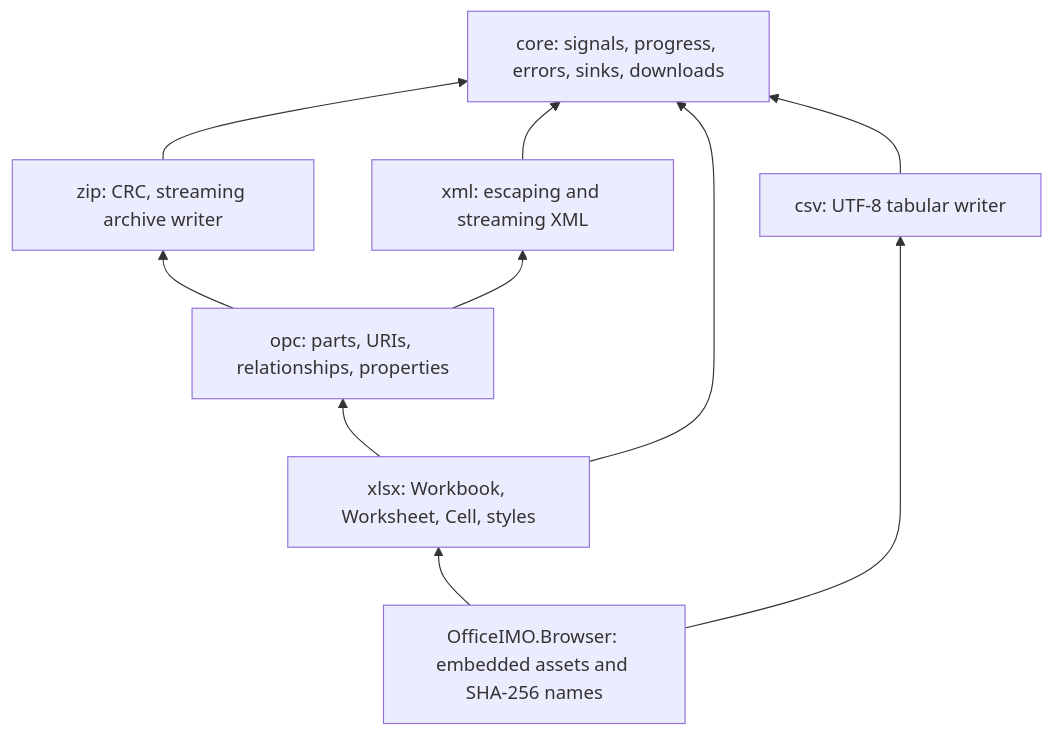
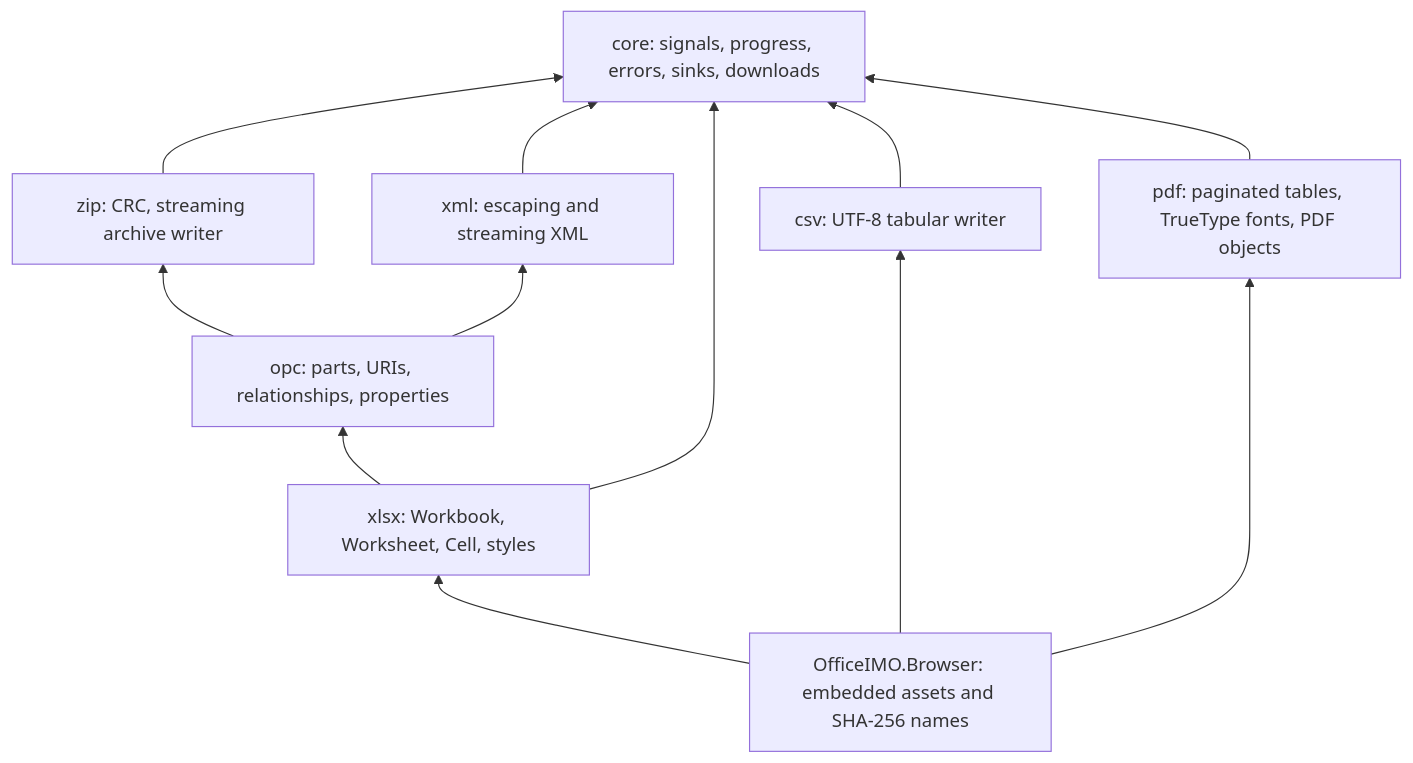
The diagram in Docs/officeimo.javascript-architecture.md (EvotecIT/OfficeIMO), drawn with Mermaid before and after one commit. The commit also changed other lines of this file and 59 other files, not shown here.

Commit message:
Add streamed PDF table exports and DataTables integration

````diff
--- a/Docs/officeimo.javascript-architecture.md
+++ b/Docs/officeimo.javascript-architecture.md
@@ -7,18 +7,21 @@
 ```mermaid
 flowchart BT
     Core["core: signals, progress, errors, sinks, downloads"]
     Zip["zip: CRC, streaming archive writer"]
     Xml["xml: escaping and streaming XML"]
     Opc["opc: parts, URIs, relationships, properties"]
     Xlsx["xlsx: Workbook, Worksheet, Cell, styles"]
     Csv["csv: UTF-8 tabular writer"]
+    Pdf["pdf: paginated tables, TrueType fonts, PDF objects"]
     Zip --> Core
     Xml --> Core
     Opc --> Zip
     Opc --> Xml
     Xlsx --> Opc
     Xlsx --> Core
     Csv --> Core
+    Pdf --> Core
     Adapter["OfficeIMO.Browser: embedded assets and SHA-256 names"] --> Xlsx
     Adapter --> Csv
+    Adapter --> Pdf
 ```
````
